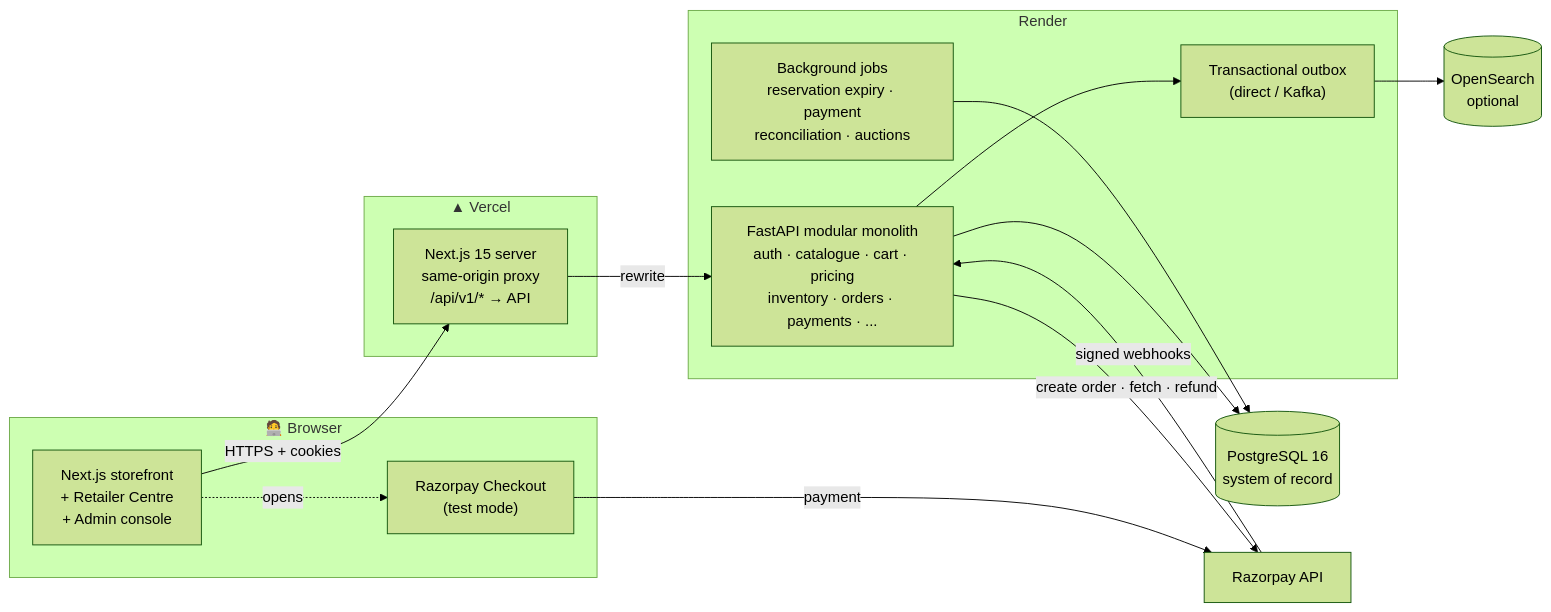
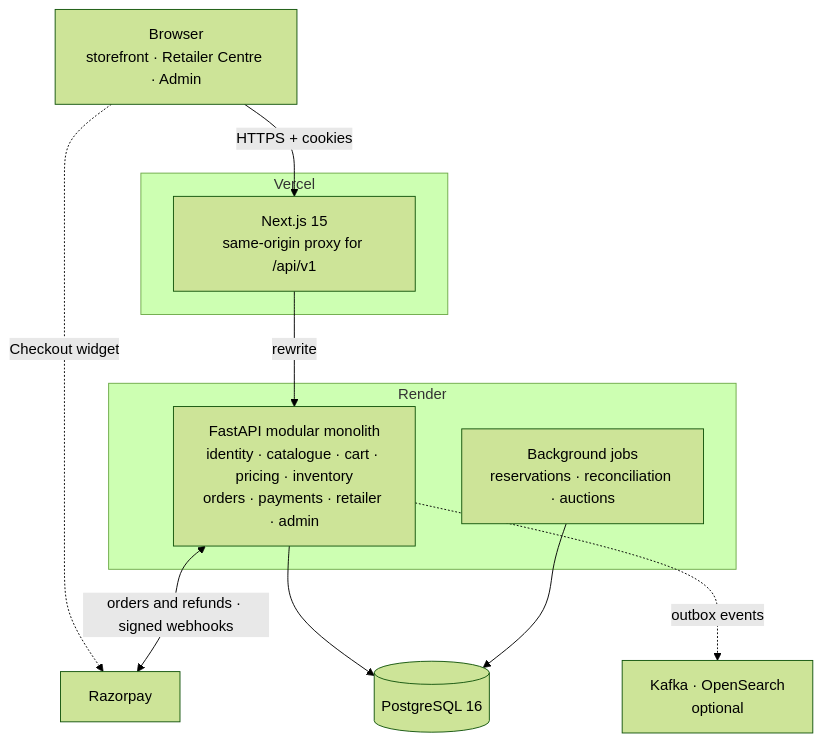
One commit to Dhruv-vm/Online_Shopping changed the second of 3 diagrams in README.md. Above: the diagram before and after it, drawn with Mermaid (forest theme). The commit also changed other lines of this file and 53 other files, not shown here.

````diff
--- a/README.md
+++ b/README.md
@@ -135,31 +291,25 @@
 ```mermaid
-flowchart LR
-    subgraph Client["🧑‍💻 Browser"]
-        UI["Next.js storefront<br/>+ Retailer Centre<br/>+ Admin console"]
-        RZP["Razorpay Checkout<br/>(test mode)"]
+flowchart TB
+    U["Browser<br/>storefront · Retailer Centre · Admin"]
+
+    subgraph FE["Vercel"]
+        N["Next.js 15<br/>same-origin proxy for /api/v1"]
     end
 
-    subgraph Vercel["▲ Vercel"]
-        NEXT["Next.js 15 server<br/>same-origin proxy<br/>/api/v1/* → API"]
+    subgraph BE["Render"]
+        API["FastAPI modular monolith<br/>identity · catalogue · cart · pricing · inventory<br/>orders · payments · retailer · admin"]
+        JOB["Background jobs<br/>reservations · reconciliation · auctions"]
     end
 
-    subgraph Render["Render"]
-        API["FastAPI modular monolith<br/>auth · catalogue · cart · pricing<br/>inventory · orders · payments · ..."]
-        JOBS["Background jobs<br/>reservation expiry · payment<br/>reconciliation · auctions"]
-        OUTBOX["Transactional outbox<br/>(direct / Kafka)"]
-    end
+    DB[("PostgreSQL 16")]
+    RP["Razorpay"]
+    EXT["Kafka · OpenSearch<br/>optional"]
 
-    DB[("PostgreSQL 16<br/>system of record")]
-    RZPAPI["Razorpay API"]
-    SEARCH[("OpenSearch<br/>optional")]
-
-    UI -- "HTTPS + cookies" --> NEXT
-    NEXT -- "rewrite" --> API
-    UI -. "opens" .-> RZP
-    RZP -- "payment" --> RZPAPI
-    API -- "create order · fetch · refund" --> RZPAPI
-    RZPAPI -- "signed webhooks" --> API
+    U -->|HTTPS + cookies| N
+    N -->|rewrite| API
+    U -.->|Checkout widget| RP
+    API <-->|orders and refunds · signed webhooks| RP
     API --> DB
-    JOBS --> DB
-    API --> OUTBOX --> SEARCH
+    JOB --> DB
+    API -.->|outbox events| EXT
 ```
````
